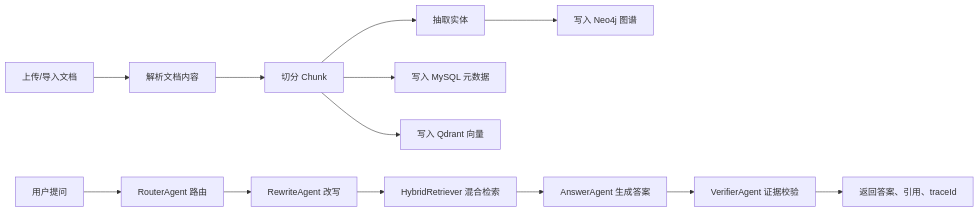
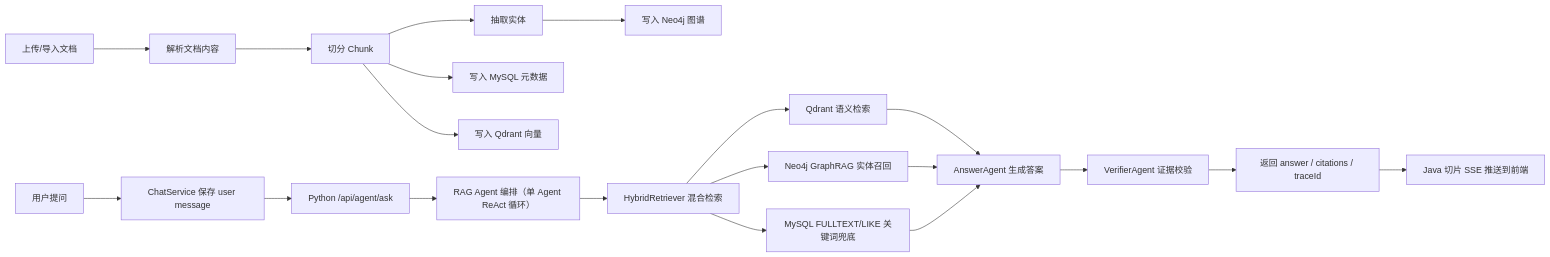
Before and after one commit to CarlosYonng/ai-agent-portfolio: the first of 2 diagrams in docs/BUSINESS_FLOW.md, drawn with Mermaid. The commit also changed other lines of this file and 271 other files, not shown here.

````diff
--- a/docs/BUSINESS_FLOW.md
+++ b/docs/BUSINESS_FLOW.md
@@ -20,15 +20,22 @@
 ```mermaid
 flowchart LR
     A["上传/导入文档"] --> B["解析文档内容"]
     B --> C["切分 Chunk"]
     C --> D["抽取实体"]
     C --> E["写入 MySQL 元数据"]
     C --> F["写入 Qdrant 向量"]
     D --> G["写入 Neo4j 图谱"]
-    H["用户提问"] --> I["RouterAgent 路由"]
-    I --> J["RewriteAgent 改写"]
-    J --> K["HybridRetriever 混合检索"]
-    K --> L["AnswerAgent 生成答案"]
-    L --> M["VerifierAgent 证据校验"]
-    M --> N["返回答案、引用、traceId"]
+    H["用户提问"] --> I["ChatService 保存 user message"]
+    I --> J["Python /api/agent/ask"]
+    J --> K["RAG Agent 编排（单 Agent ReAct 循环）"]
+    K --> L["HybridRetriever 混合检索"]
+    L --> M["Qdrant 语义检索"]
+    L --> N["Neo4j GraphRAG 实体召回"]
+    L --> O["MySQL FULLTEXT/LIKE 关键词兜底"]
+    M --> P["AnswerAgent 生成答案"]
+    N --> P
+    O --> P
+    P --> Q["VerifierAgent 证据校验"]
+    Q --> R["返回 answer / citations / traceId"]
+    R --> S["Java 切片 SSE 推送到前端"]
 ```
````
